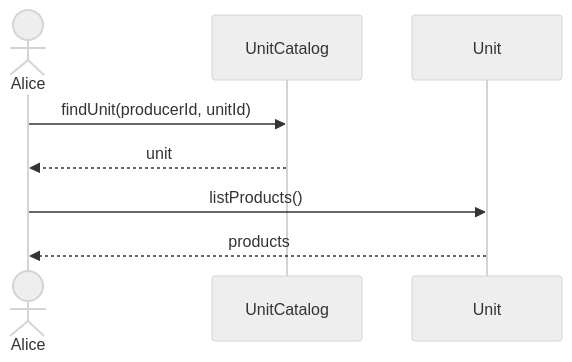
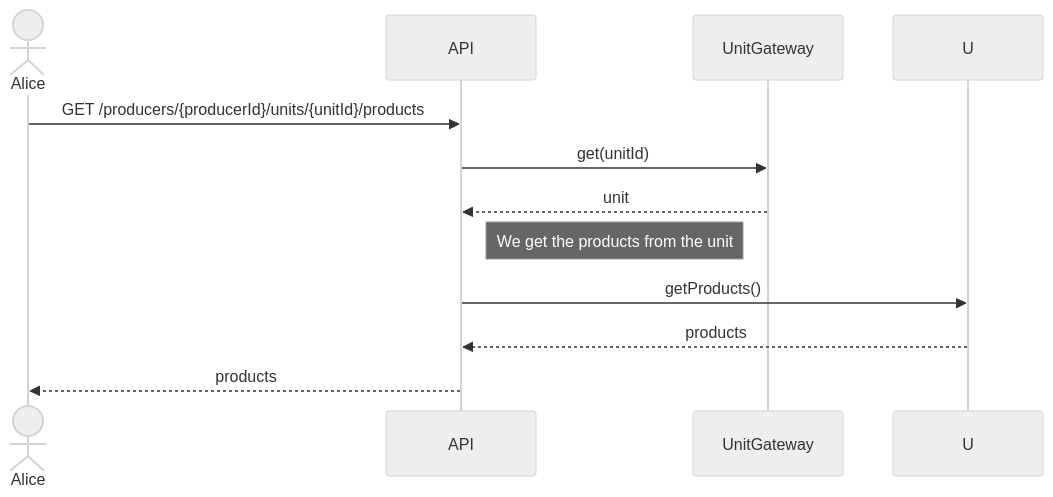
Diagram 27 of 32 in sequence.md (hivetown/planning), drawn with Mermaid (neutral theme) before and after one commit. The commit also changed other lines of this file, not shown here.

Commit message:
diagramas de sequência

````diff
--- a/sequence.md
+++ b/sequence.md
@@ -885,12 +901,17 @@
 ```mermaid
 sequenceDiagram
     actor A as Alice
-    participant UC as UnitCatalog
-    participant U as Unit
+    participant API as API
+    participant UG as UnitGateway
+    
+    A ->> API: GET /producers/{producerId}/units/{unitId}/products
 
-    A ->> UC: findUnit(producerId, unitId)
-    UC -->> A: unit
+    API ->> UG: get(unitId)
+    UG -->> API: unit
 
-    A ->> U: listProducts()
-    U -->> A: products
+    Note right of API: We get the products from the unit
+    API ->> U: getProducts()
+    U -->> API: products
+
+    API -->> A: products
 ```
````
